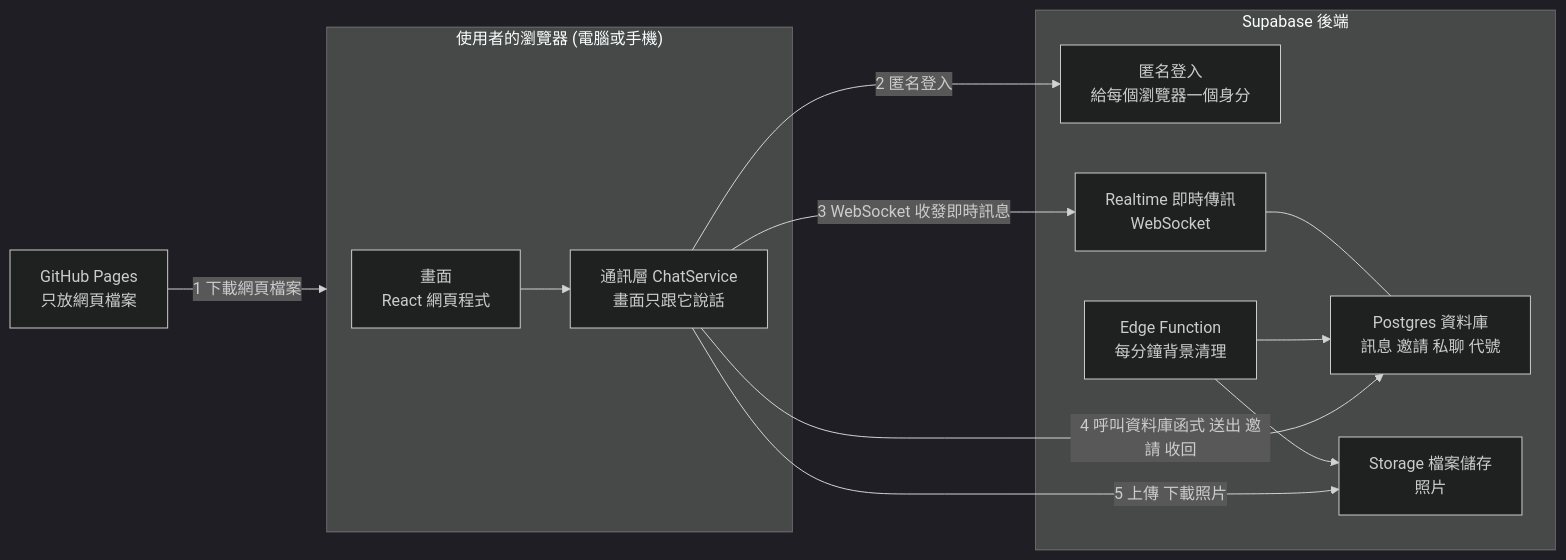
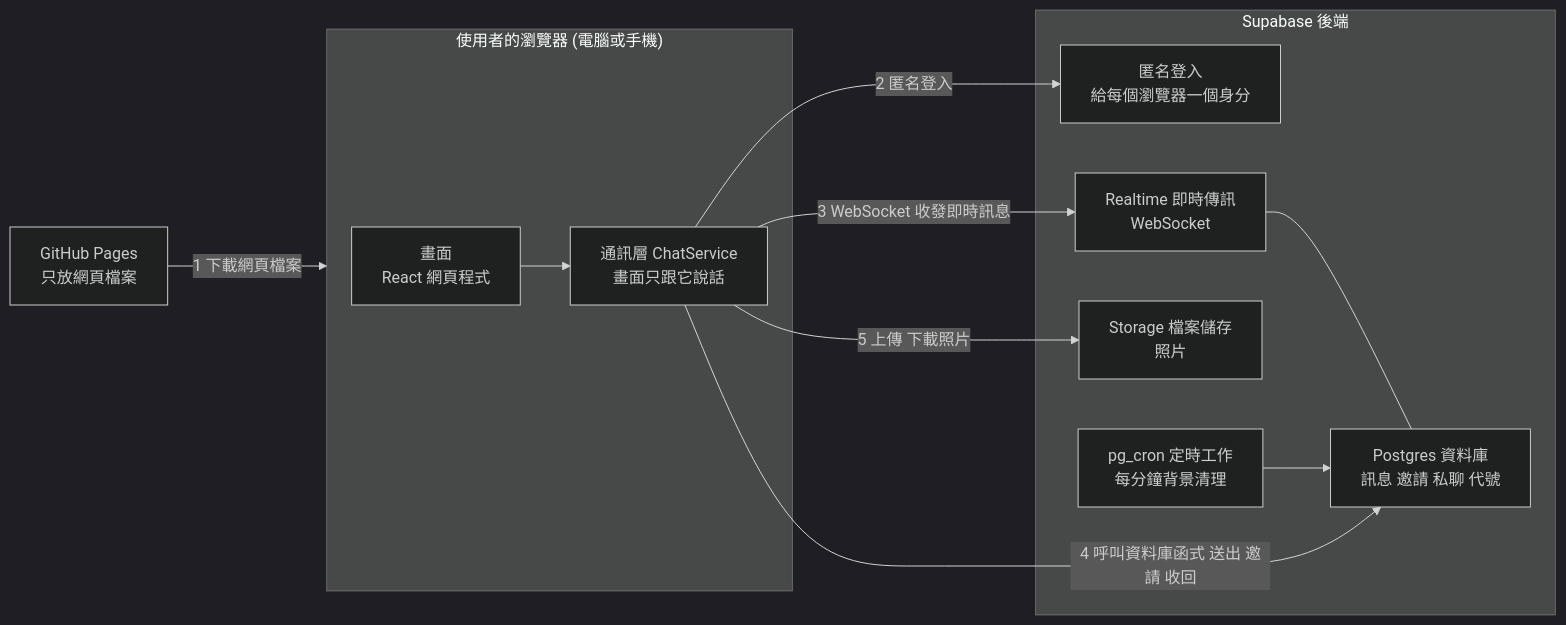
Before and after one commit to 32659-cloud/Web-page-1-: the first of 7 diagrams in docs/architecture.md, drawn with Mermaid (dark theme). The commit also changed other lines of this file and 12 other files, not shown here.

````diff
--- a/docs/architecture.md
+++ b/docs/architecture.md
@@ -57,27 +57,26 @@
 ```mermaid
 flowchart LR
   subgraph BR["使用者的瀏覽器 (電腦或手機)"]
     UI["畫面<br/>React 網頁程式"]
     SVC["通訊層 ChatService<br/>畫面只跟它說話"]
     UI --> SVC
   end
 
   GH["GitHub Pages<br/>只放網頁檔案"]
 
   subgraph SB["Supabase 後端"]
     AUTH["匿名登入<br/>給每個瀏覽器一個身分"]
     RT["Realtime 即時傳訊<br/>WebSocket"]
     DB["Postgres 資料庫<br/>訊息 邀請 私聊 代號"]
     ST["Storage 檔案儲存<br/>照片"]
-    EF["Edge Function<br/>每分鐘背景清理"]
+    CRON["pg_cron 定時工作<br/>每分鐘背景清理"]
     RT --- DB
-    EF --> DB
-    EF --> ST
+    CRON --> DB
   end
 
   GH -- "1 下載網頁檔案" --> BR
   SVC -- "2 匿名登入" --> AUTH
   SVC -- "3 WebSocket 收發即時訊息" --> RT
   SVC -- "4 呼叫資料庫函式 送出 邀請 收回" --> DB
   SVC -- "5 上傳 下載照片" --> ST
 ```
````
